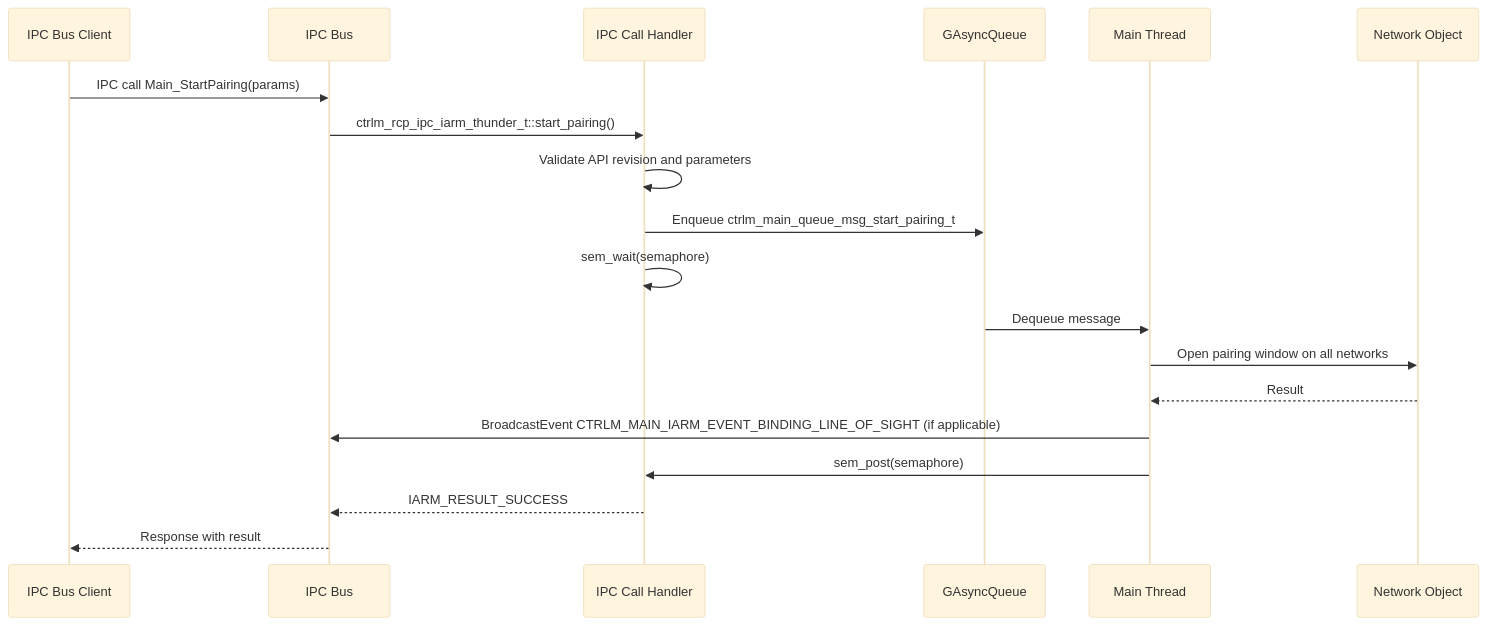
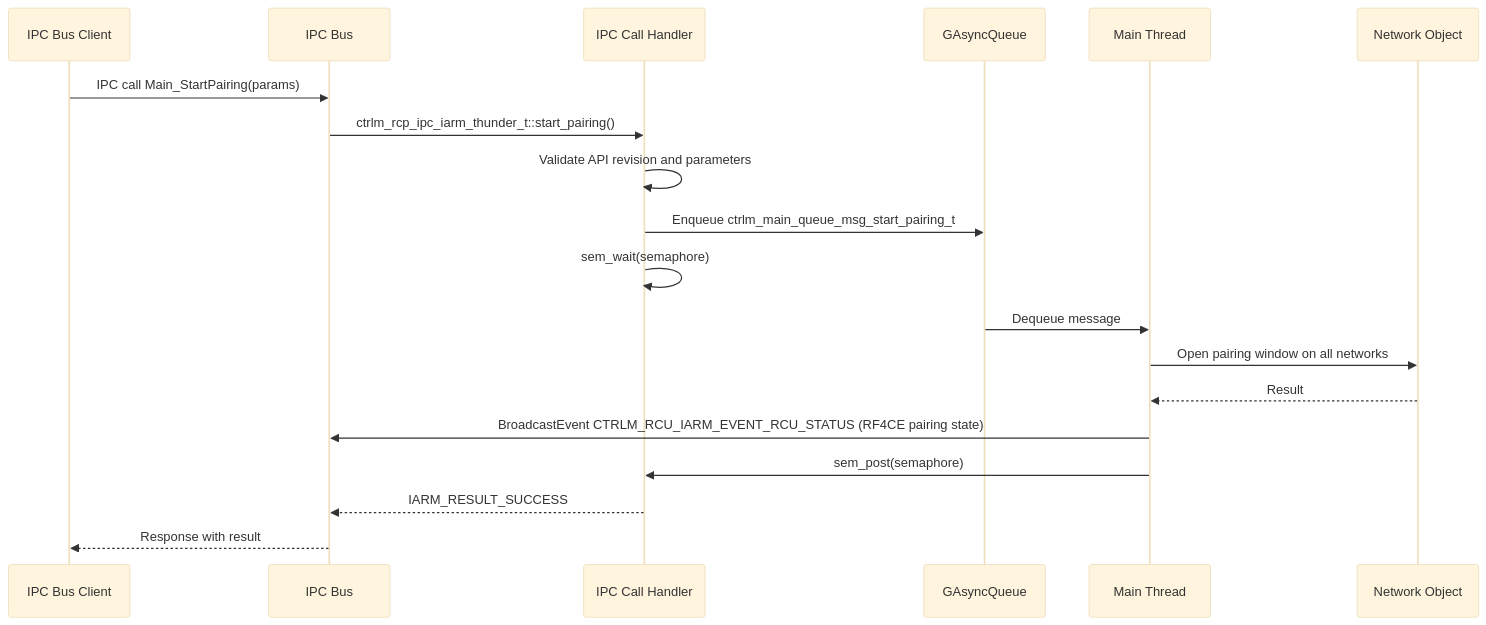
One commit to rdkcentral/control changed the fifth of 7 diagrams in docs/README.md. Above: the diagram before and after it, drawn with Mermaid (base theme). The commit also changed other lines of this file, not shown here.

````diff
--- a/docs/README.md
+++ b/docs/README.md
@@ -240,22 +240,22 @@
 ```mermaid
 sequenceDiagram
     participant Client as IPC Bus Client
     participant IPCBus as IPC Bus
     participant Handler as IPC Call Handler
     participant Queue as GAsyncQueue
     participant MainThread as Main Thread
     participant NW as Network Object
 
     Client->>IPCBus: IPC call Main_StartPairing(params)
     IPCBus->>Handler: ctrlm_rcp_ipc_iarm_thunder_t::start_pairing()
     Handler->>Handler: Validate API revision and parameters
     Handler->>Queue: Enqueue ctrlm_main_queue_msg_start_pairing_t
     Handler->>Handler: sem_wait(semaphore)
     Queue->>MainThread: Dequeue message
     MainThread->>NW: Open pairing window on all networks
     NW-->>MainThread: Result
-    MainThread->>IPCBus: BroadcastEvent CTRLM_MAIN_IARM_EVENT_BINDING_LINE_OF_SIGHT (if applicable)
+    MainThread->>IPCBus: BroadcastEvent CTRLM_RCU_IARM_EVENT_RCU_STATUS (RF4CE pairing state)
     MainThread->>Handler: sem_post(semaphore)
     Handler-->>IPCBus: IARM_RESULT_SUCCESS
     IPCBus-->>Client: Response with result
 ```
````
